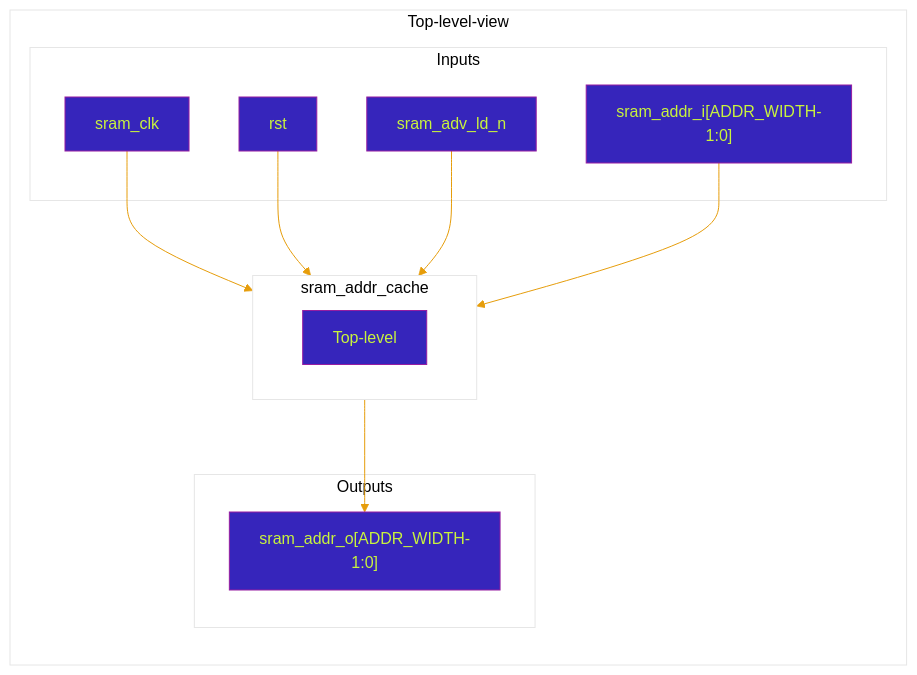
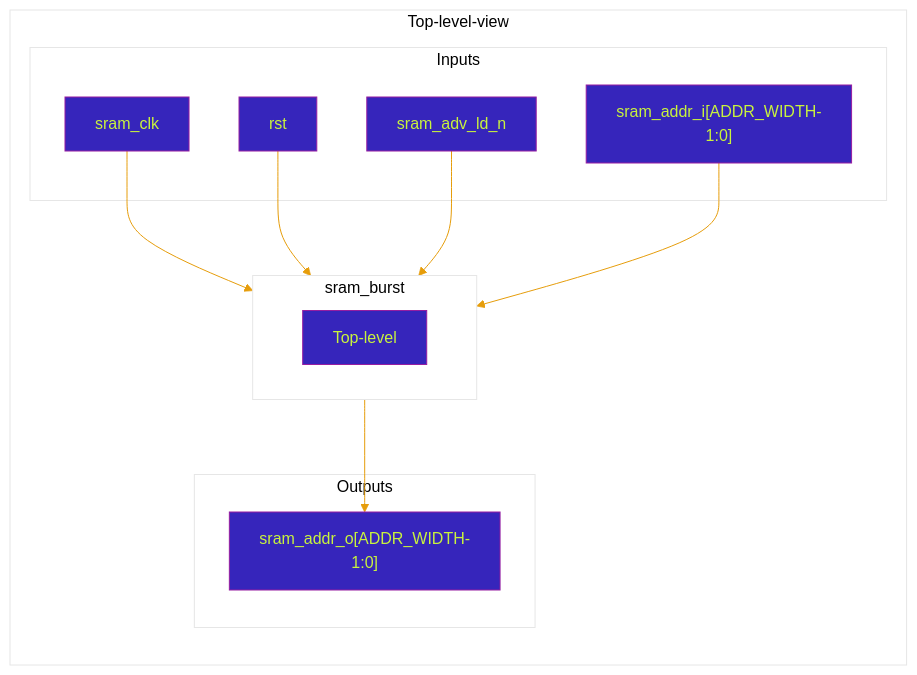
Before and after one commit to MattGrossi12/v_sram: the diagram in src/README_sram_burst.md, drawn with Mermaid. The commit also changed other lines of this file and 2 other files, not shown here.

````diff
--- a/src/README_sram_burst.md
+++ b/src/README_sram_burst.md
@@ -32,41 +32,41 @@
 ```mermaid
 ---
 config:
   theme: 'base'
   themeVariables:
     primaryColor: '#3625bb'
     primaryTextColor: '#c9f33d'
     primaryBorderColor: '#961da1'
     lineColor: '#e69d0b'
     secondaryColor: '#2f1a94'
     tertiaryColor: '#ffffff'
 ---
 
 flowchart LR
 
 subgraph Top-level-view
 
 
 
-    subgraph BURST["sram_addr_cache"]
+    subgraph BURST["sram_burst"]
         TOP["Top-level"]
     end
 
     subgraph IN["Inputs"]
         CLK["sram_clk"]
         RST["rst"]
         ADVLD["sram_adv_ld_n"]
         ADDRI["sram_addr_i[ADDR_WIDTH-1:0]"]
     end
 
     subgraph OUT["Outputs"]
         ADDRO["sram_addr_o[ADDR_WIDTH-1:0]"]
     end
 
         CLK   --> BURST
         RST   --> BURST
         ADVLD --> BURST
         ADDRI --> BURST
         BURST --> ADDRO
 end
 ```
````
